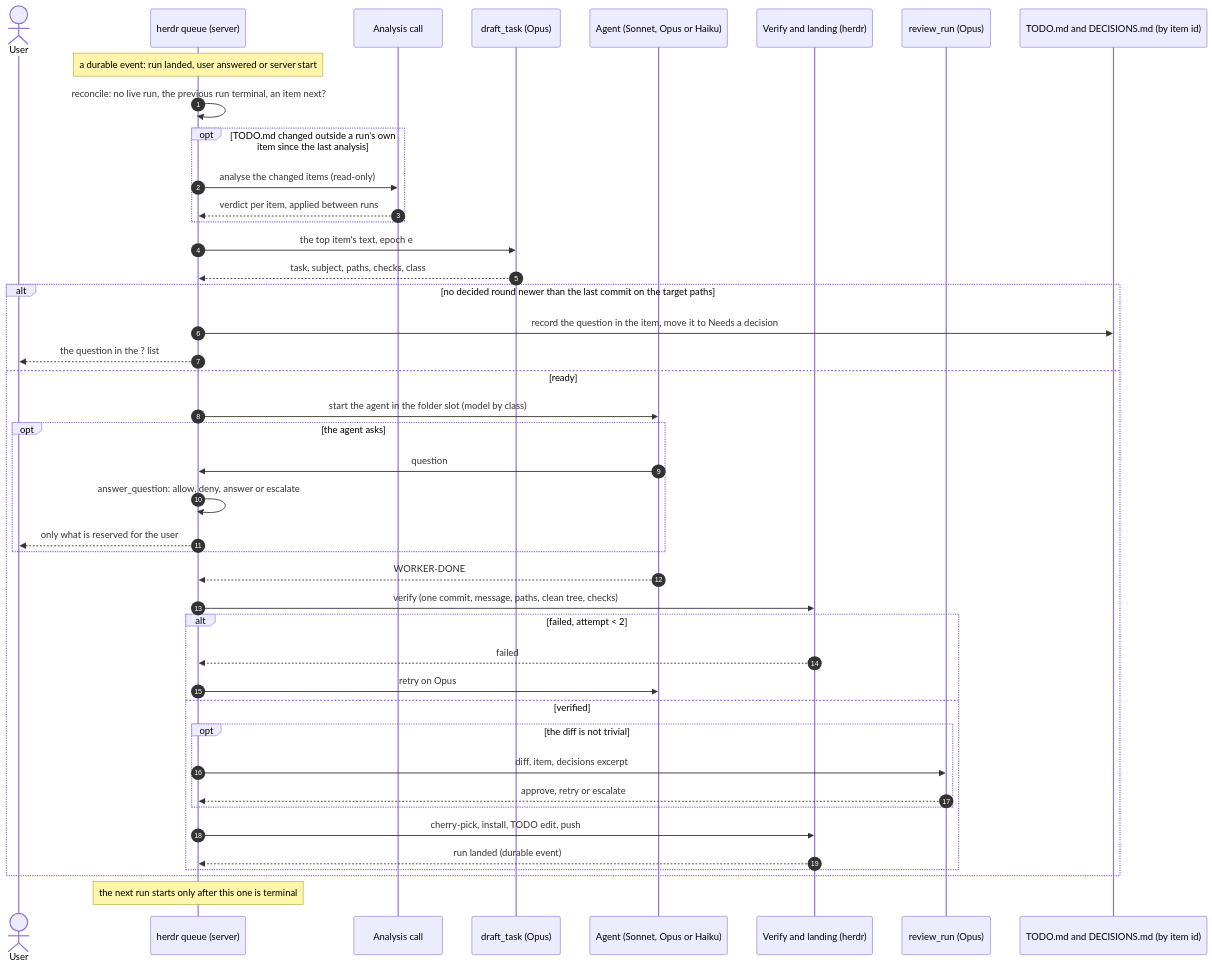
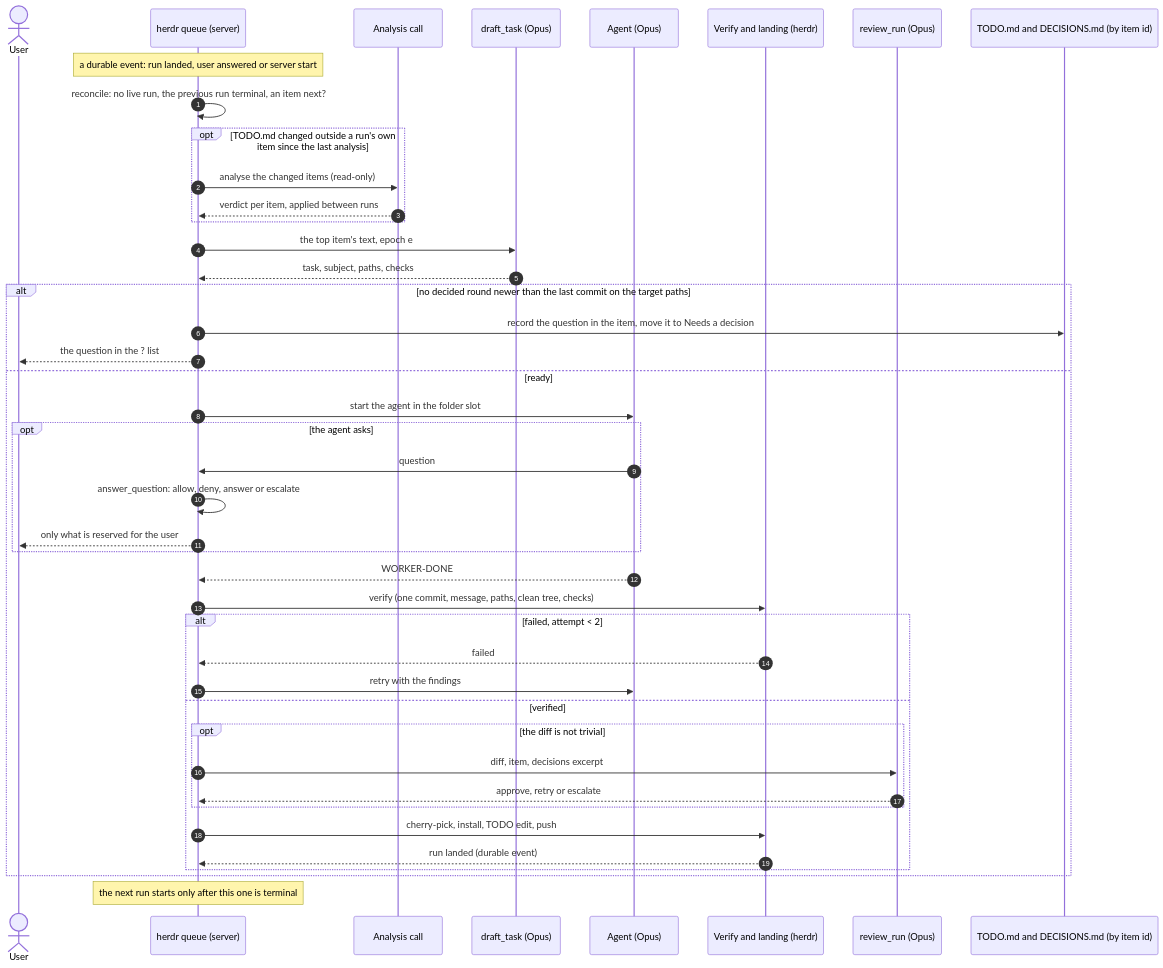
Before and after one commit to rofrol/roherdr: the fourth of 4 diagrams in docs/todo-workflow-model/README.md, drawn with Mermaid. The commit also changed other lines of this file and 4 other files, not shown here.

````diff
--- a/docs/todo-workflow-model/README.md
+++ b/docs/todo-workflow-model/README.md
@@ -431,46 +422,46 @@
 ```mermaid
 sequenceDiagram
   autonumber
   actor U as User
   participant Q as herdr queue (server)
   participant A as Analysis call
   participant DT as draft_task (Opus)
-  participant W as Agent (Sonnet, Opus or Haiku)
+  participant W as Agent (Opus)
   participant V as Verify and landing (herdr)
   participant R as review_run (Opus)
   participant S as TODO.md and DECISIONS.md (by item id)
 
   Note over Q: a durable event: run landed, user answered or server start
   Q->>Q: reconcile: no live run, the previous run terminal, an item next?
   opt TODO.md changed outside a run's own item since the last analysis
     Q->>A: analyse the changed items (read-only)
     A-->>Q: verdict per item, applied between runs
   end
   Q->>DT: the top item's text, epoch e
-  DT-->>Q: task, subject, paths, checks, class
+  DT-->>Q: task, subject, paths, checks
   alt no decided round newer than the last commit on the target paths
     Q->>S: record the question in the item, move it to Needs a decision
     Q-->>U: the question in the ? list
   else ready
-    Q->>W: start the agent in the folder slot (model by class)
+    Q->>W: start the agent in the folder slot
     opt the agent asks
       W->>Q: question
       Q->>Q: answer_question: allow, deny, answer or escalate
       Q-->>U: only what is reserved for the user
     end
     W-->>Q: WORKER-DONE
     Q->>V: verify (one commit, message, paths, clean tree, checks)
     alt failed, attempt < 2
       V-->>Q: failed
-      Q->>W: retry on Opus
+      Q->>W: retry with the findings
     else verified
       opt the diff is not trivial
         Q->>R: diff, item, decisions excerpt
         R-->>Q: approve, retry or escalate
       end
       Q->>V: cherry-pick, install, TODO edit, push
       V-->>Q: run landed (durable event)
     end
   end
   Note over Q: the next run starts only after this one is terminal
 ```
````
